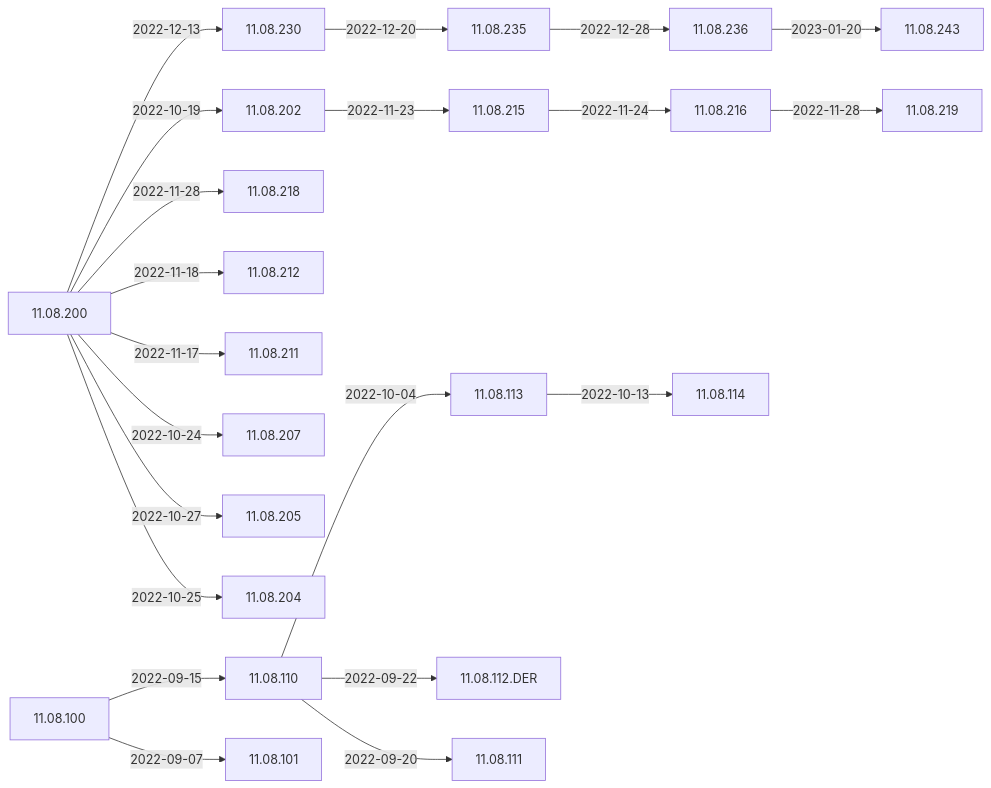
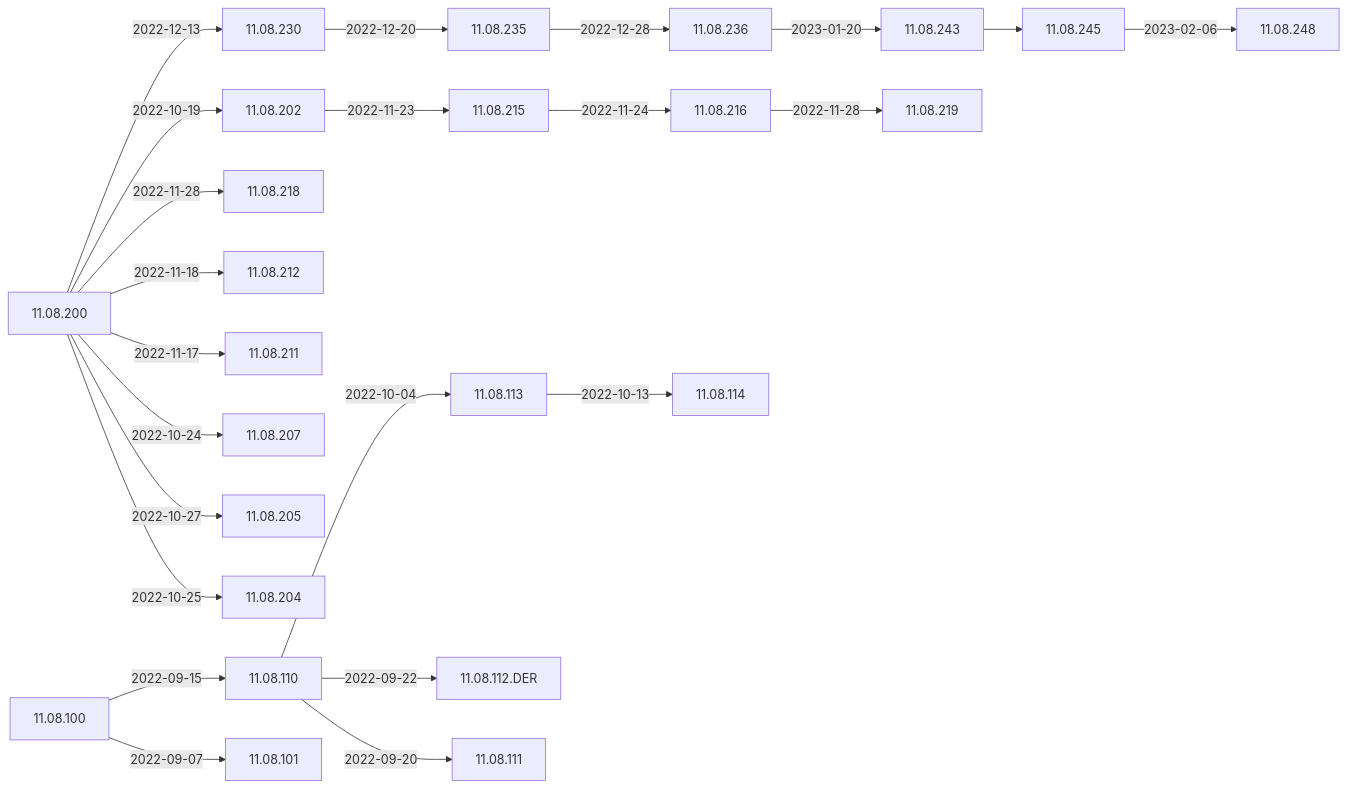
One commit to woydziak/IGEL-Docs changed the first of 3 diagrams in Docs/ReleaseNotes/01-OS11/README.md. Above: the diagram before and after it, drawn with Mermaid.

````diff
--- a/Docs/ReleaseNotes/01-OS11/README.md
+++ b/Docs/ReleaseNotes/01-OS11/README.md
@@ -9,30 +9,31 @@
 ```mermaid
 flowchart LR
-    11.08.200-- 2022-12-13 -->11.08.230-- 2022-12-20 -->11.08.235-- 2022-12-28 -->11.08.236-- 2023-01-20 -->11.08.243
+    11.08.200-- 2022-12-13 -->11.08.230-- 2022-12-20 -->11.08.235-- 2022-12-28 -->11.08.236-- 2023-01-20 -->11.08.243-->11.08.245-- 2023-02-06 -->11.08.248
     11.08.200-- 2022-10-19 -->11.08.202-- 2022-11-23 -->11.08.215-- 2022-11-24 -->11.08.216-- 2022-11-28 -->11.08.219
     11.08.200-- 2022-11-28 -->11.08.218
     11.08.200-- 2022-11-18 -->11.08.212
     11.08.200-- 2022-11-17 -->11.08.211
     11.08.200-- 2022-10-24 -->11.08.207
     11.08.200-- 2022-10-27 -->11.08.205
     11.08.200-- 2022-10-25 -->11.08.204
     11.08.110-- 2022-10-04 -->11.08.113-- 2022-10-13 -->11.08.114
     11.08.110-- 2022-09-22 -->11.08.112.DER
     11.08.100-- 2022-09-15 -->11.08.110-- 2022-09-20 -->11.08.111
     11.08.100-- 2022-09-07 -->11.08.101
+    click 11.08.248 "https://github.com/IGEL-Community/IGEL-Docs/blob/main/Docs/ReleaseNotes/01-OS11/readme11.08.248.txt" "Open this in a new tab"
     click 11.08.243 "https://github.com/IGEL-Community/IGEL-Docs/blob/main/Docs/ReleaseNotes/01-OS11/readme11.08.243.txt" "Open this in a new tab"
     click 11.08.236 "https://github.com/IGEL-Community/IGEL-Docs/blob/main/Docs/ReleaseNotes/01-OS11/readme11.08.236.txt" "Open this in a new tab"
     click 11.08.235 "https://github.com/IGEL-Community/IGEL-Docs/blob/main/Docs/ReleaseNotes/01-OS11/readme11.08.235.txt" "Open this in a new tab"
     click 11.08.230 "https://github.com/IGEL-Community/IGEL-Docs/blob/main/Docs/ReleaseNotes/01-OS11/readme11.08.230.txt" "Open this in a new tab"
     click 11.08.219 "https://github.com/IGEL-Community/IGEL-Docs/blob/main/Docs/ReleaseNotes/01-OS11/readme11.08.219.txt" "Open this in a new tab"
     click 11.08.218 "https://github.com/IGEL-Community/IGEL-Docs/blob/main/Docs/ReleaseNotes/01-OS11/readme11.08.218.txt" "Open this in a new tab"
     click 11.08.216 "https://github.com/IGEL-Community/IGEL-Docs/blob/main/Docs/ReleaseNotes/01-OS11/readme11.08.216.txt" "Open this in a new tab"
     click 11.08.215 "https://github.com/IGEL-Community/IGEL-Docs/blob/main/Docs/ReleaseNotes/01-OS11/readme11.08.215.txt" "Open this in a new tab"
     click 11.08.212 "https://github.com/IGEL-Community/IGEL-Docs/blob/main/Docs/ReleaseNotes/01-OS11/readme11.08.212.txt" "Open this in a new tab"
     click 11.08.211 "https://github.com/IGEL-Community/IGEL-Docs/blob/main/Docs/ReleaseNotes/01-OS11/readme11.08.211.txt" "Open this in a new tab"
     click 11.08.207 "https://github.com/IGEL-Community/IGEL-Docs/blob/main/Docs/ReleaseNotes/01-OS11/readme11.08.207.txt" "Open this in a new tab"
     click 11.08.205 "https://github.com/IGEL-Community/IGEL-Docs/blob/main/Docs/ReleaseNotes/01-OS11/readme11.08.205.txt" "Open this in a new tab"
     click 11.08.204 "https://github.com/IGEL-Community/IGEL-Docs/blob/main/Docs/ReleaseNotes/01-OS11/readme11.08.204.txt" "Open this in a new tab"
     click 11.08.202 "https://github.com/IGEL-Community/IGEL-Docs/blob/main/Docs/ReleaseNotes/01-OS11/readme11.08.202.txt" "Open this in a new tab"
     click 11.08.200 "https://github.com/IGEL-Community/IGEL-Docs/blob/main/Docs/ReleaseNotes/01-OS11/readme11.08.200.txt" "Open this in a new tab"
 ```
````
